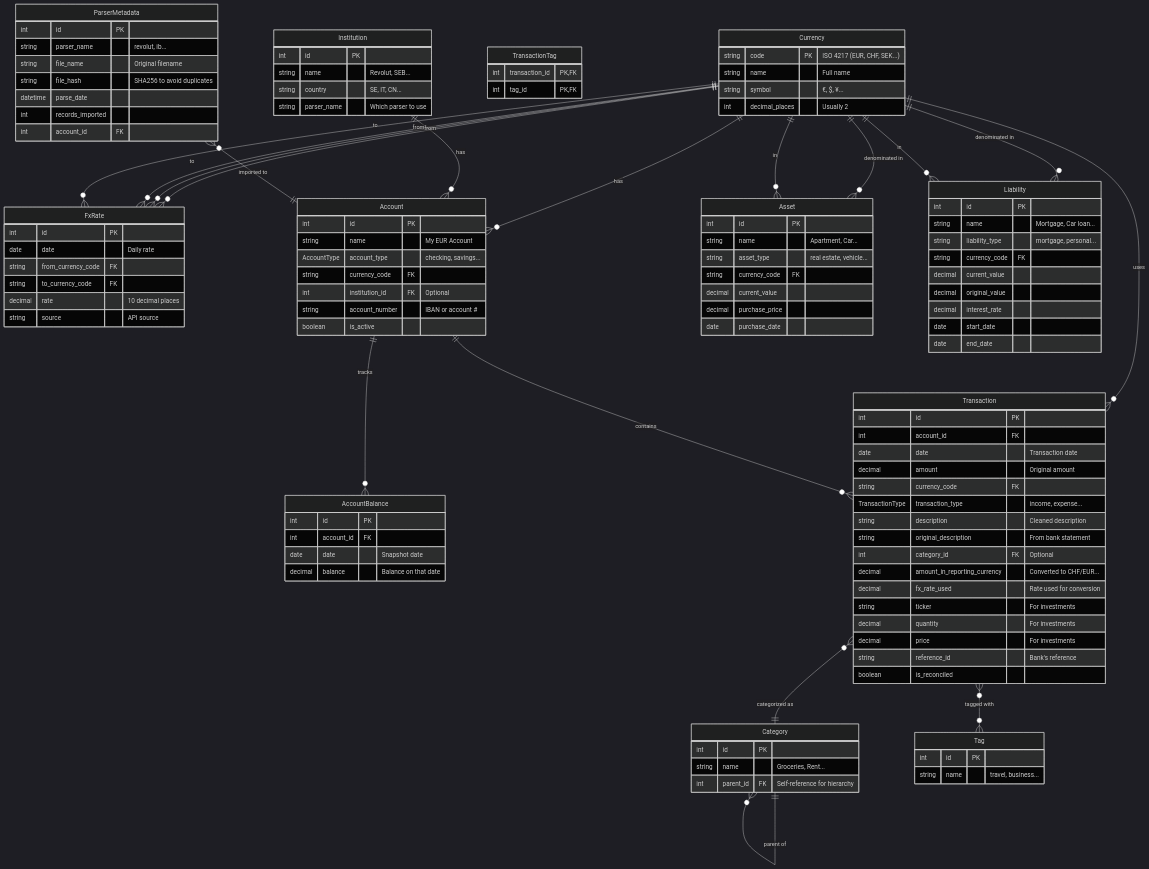
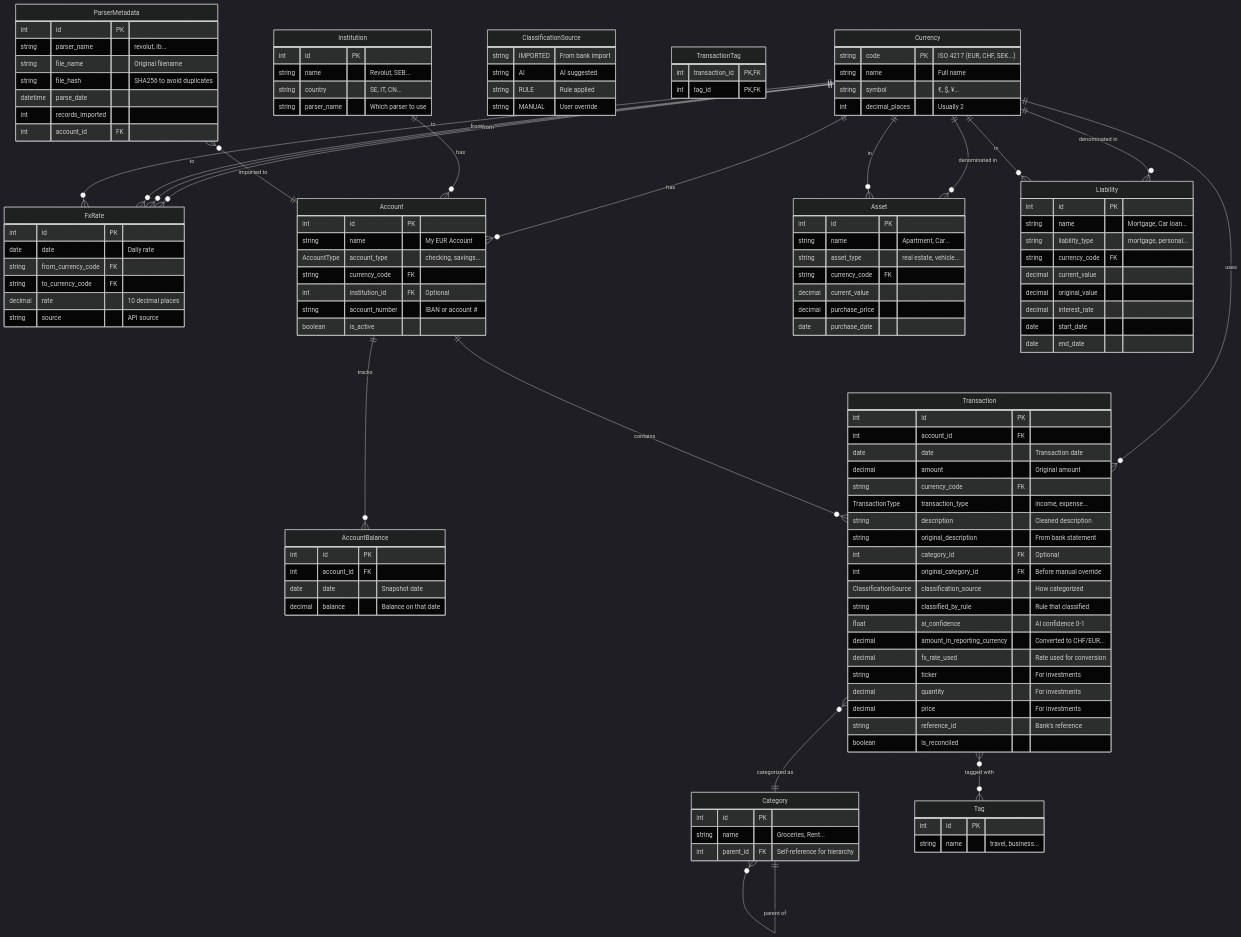
The diagram in plans/database_er_diagram.md (silvio-dacol/matapan-backend), drawn with Mermaid (dark theme) before and after one commit. The commit also changed other lines of this file and 2 other files, not shown here.

Commit message:
Commited some architecture changes

```diff
--- a/plans/database_er_diagram.md
+++ b/plans/database_er_diagram.md
@@ -50,6 +50,13 @@
         int parent_id FK "Self-reference for hierarchy"
     }
 
+    ClassificationSource {
+        string IMPORTED "From bank import"
+        string AI "AI suggested"
+        string RULE "Rule applied"
+        string MANUAL "User override"
+    }
+
     Transaction {
         int id PK
         int account_id FK
@@ -60,6 +67,10 @@
         string description "Cleaned description"
         string original_description "From bank statement"
         int category_id FK "Optional"
+        int original_category_id FK "Before manual override"
+        ClassificationSource classification_source "How categorized"
+        string classified_by_rule "Rule that classified"
+        float ai_confidence "AI confidence 0-1"
         decimal amount_in_reporting_currency "Converted to CHF/EUR..."
         decimal fx_rate_used "Rate used for conversion"
         string ticker "For investments"
```
